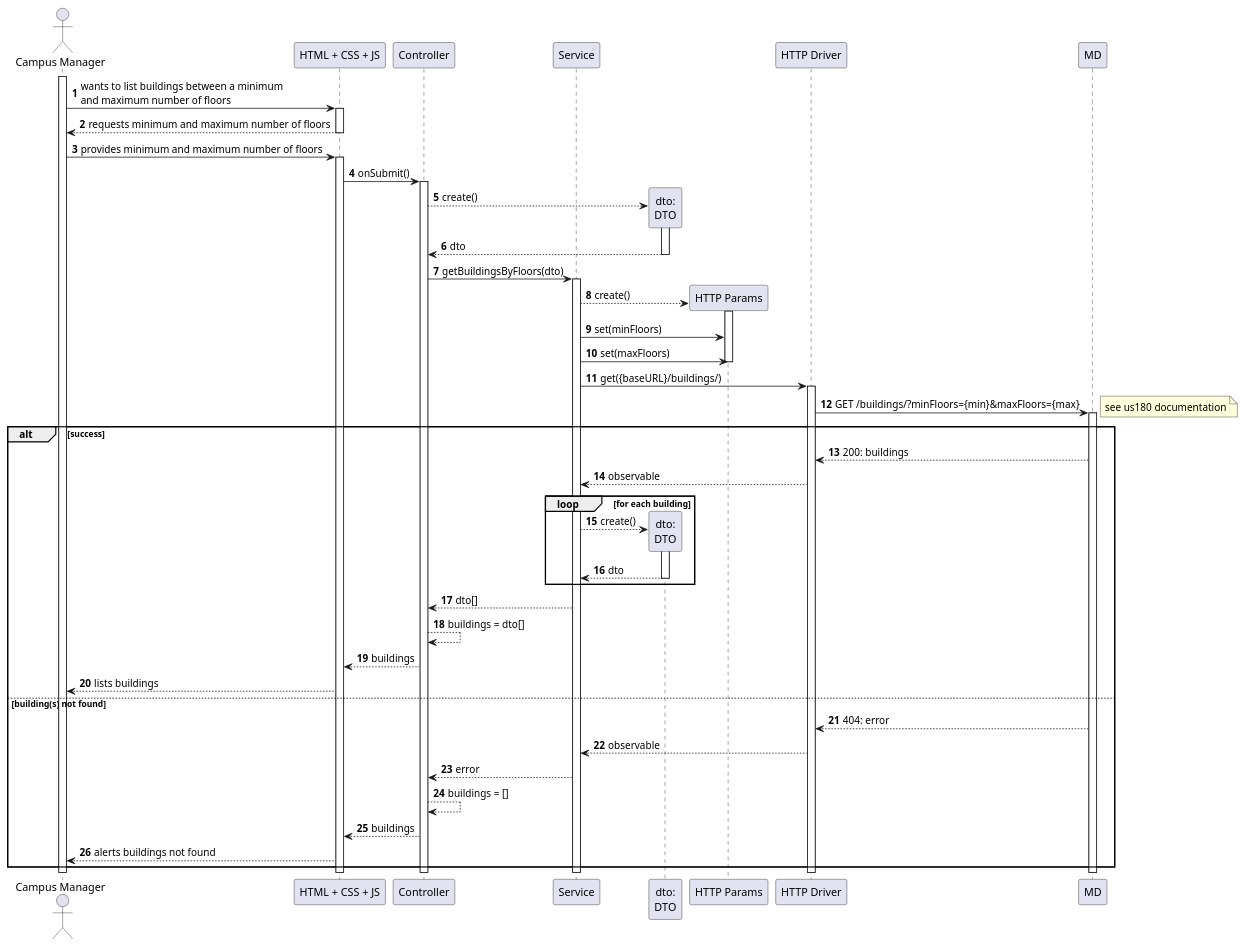
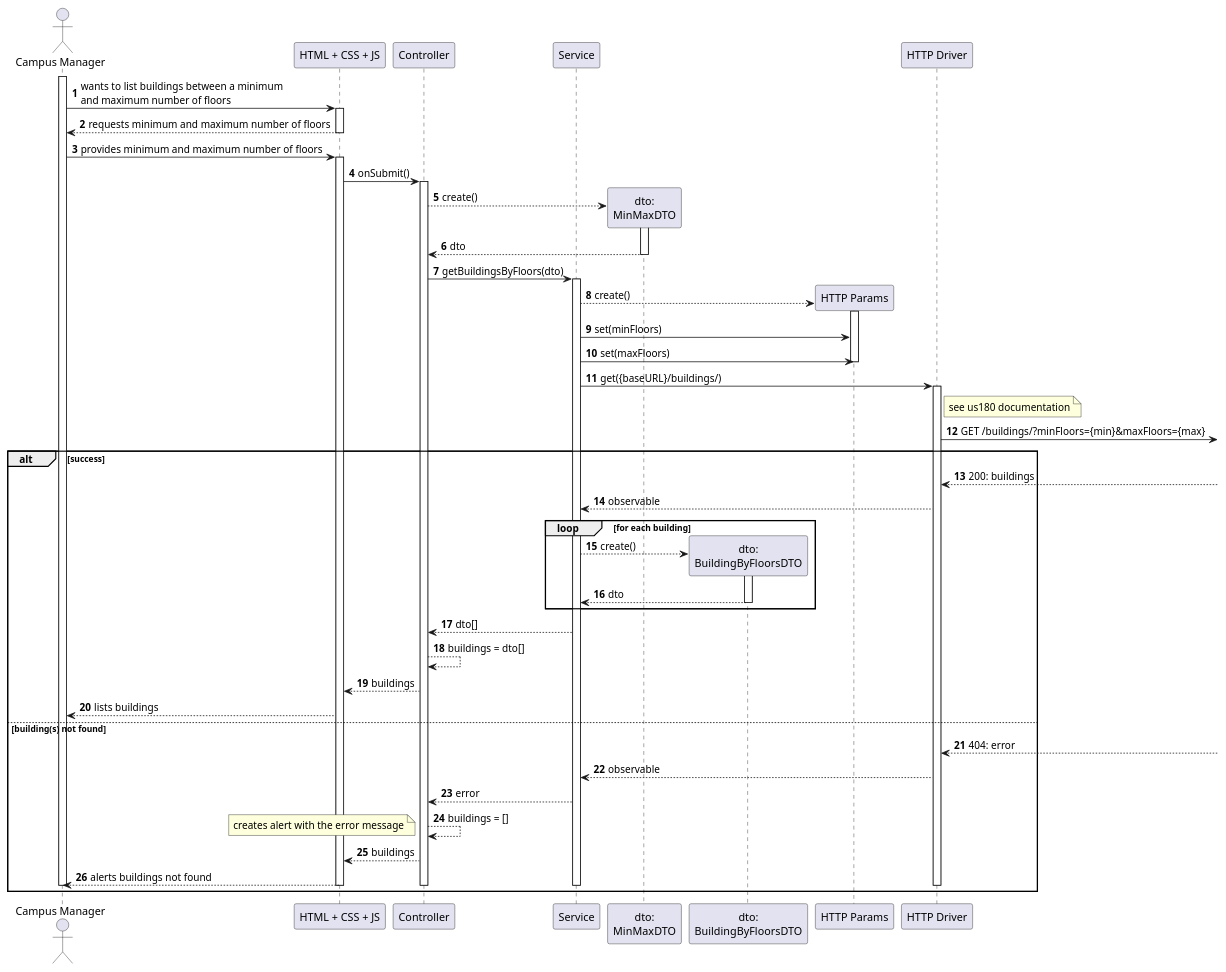
The diagram in docs/us1080/level3/process-view.puml (Departamento-de-Engenharia-Informatica/lapr5-23-24-g19), drawn with PlantUML before and after one commit. The commit also changed 1 other file, not shown here.

Commit message:
docs(us1080): documentation review

```diff
--- a/docs/us1080/level3/process-view.puml
+++ b/docs/us1080/level3/process-view.puml
@@ -1,76 +1,74 @@
 @startuml
 autonumber
 
 actor "Campus Manager" as usr
 
 participant "HTML + CSS + JS" as view
 participant "Controller" as ctrl
 participant "Service" as svc
-participant "dto:\nDTO" as dto
+participant "dto:\nMinMaxDTO" as m_dto
+participant "dto:\nBuildingByFloorsDTO" as dto
 
 participant "HTTP Params" as params
 participant "HTTP Driver" as http
-
-participant "MD" as md
 
 activate usr
     usr -> view : wants to list buildings between a minimum\nand maximum number of floors
     activate view
         view --> usr : requests minimum and maximum number of floors
     deactivate view
 
     usr -> view : provides minimum and maximum number of floors
     activate view
         view -> ctrl : onSubmit()
         activate ctrl
-            ctrl --> dto** : create()
-            activate dto
-                dto --> ctrl : dto
-            deactivate dto
+            ctrl --> m_dto** : create()
+            activate m_dto
+                m_dto --> ctrl : dto
+            deactivate m_dto
 
             ctrl -> svc : getBuildingsByFloors(dto)
             activate svc
                 svc --> params** : create()
                 activate params
                     svc -> params : set(minFloors)
                     svc -> params : set(maxFloors)
                 deactivate params
 
                 svc -> http : get({baseURL}/buildings/)
                 activate http
-                    http -> md : GET /buildings/?minFloors={min}&maxFloors={max}
-                    activate md
-                        note right : see us180 documentation
+                    note right of http: see us180 documentation
+                    http ->] : GET /buildings/?minFloors={min}&maxFloors={max}
                         alt success
-                            md --> http : 200: buildings
+                            http <--] : 200: buildings
                             http --> svc : observable
 
                             loop for each building
                                 svc --> dto** : create()
                                 activate dto
                                     dto --> svc : dto
                                 deactivate dto
                             end
 
                             svc --> ctrl : dto[]
                             ctrl --> ctrl : buildings = dto[]
                             ctrl --> view : buildings
                             view --> usr : lists buildings
                         else building(s) not found
-                            md --> http : 404: error
+                            http <--] : 404: error
                             http --> svc : observable
 
                             svc --> ctrl : error
                             ctrl --> ctrl : buildings = []
+                            note left: creates alert with the error message
                             ctrl --> view : buildings
                             view --> usr : alerts buildings not found
-                        end
-                    deactivate md
                 deactivate http
             deactivate svc
         deactivate ctrl
     deactivate view
 deactivate usr
+end
 
 
 @enduml
```
